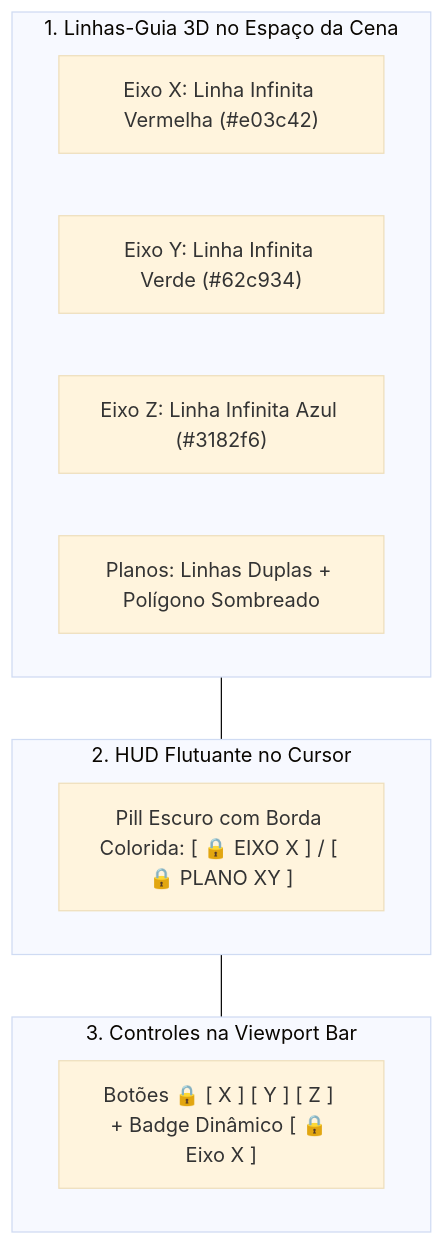
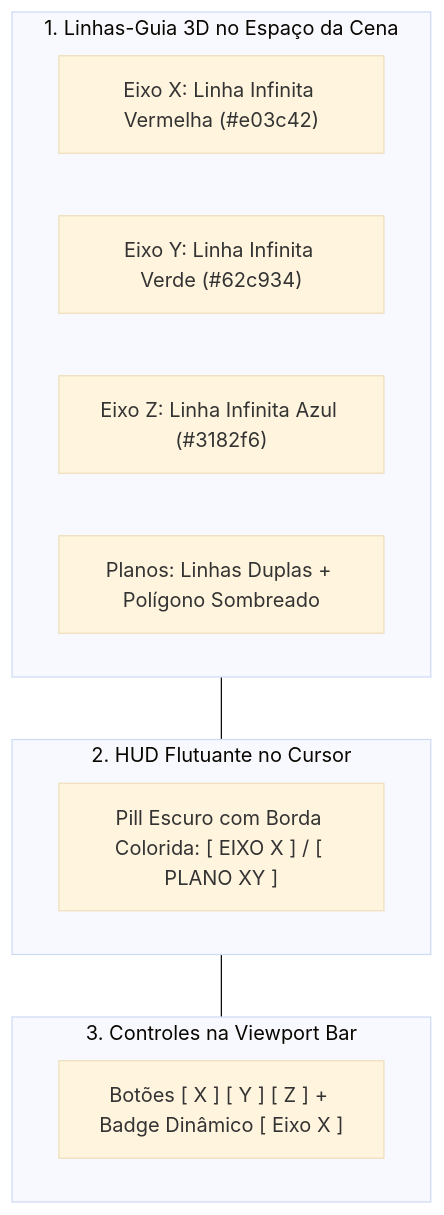
One commit to raillen/petunia3d changed the diagram in docs/manual/viewport.md. Above: the diagram before and after it, drawn with Mermaid (base theme). The commit also changed other lines of this file and 907 other files, not shown here.

````diff
--- a/docs/manual/viewport.md
+++ b/docs/manual/viewport.md
@@ -24,19 +24,19 @@
 ```mermaid
 flowchart TD
     subgraph Camada1["1. Linhas-Guia 3D no Espaço da Cena"]
         XLine["Eixo X: Linha Infinita Vermelha (#e03c42)"]
         YLine["Eixo Y: Linha Infinita Verde (#62c934)"]
         ZLine["Eixo Z: Linha Infinita Azul (#3182f6)"]
         PlaneQuad["Planos: Linhas Duplas + Polígono Sombreado"]
     end
 
     subgraph Camada2["2. HUD Flutuante no Cursor"]
-        HUD["Pill Escuro com Borda Colorida: [ 🔒 EIXO X ] / [ 🔒 PLANO XY ]"]
+        HUD["Pill Escuro com Borda Colorida: [ EIXO X ] / [ PLANO XY ]"]
     end
 
     subgraph Camada3["3. Controles na Viewport Bar"]
-        Bar["Botões 🔒 [ X ] [ Y ] [ Z ] + Badge Dinâmico [ 🔒 Eixo X ]"]
+        Bar["Botões [ X ] [ Y ] [ Z ] + Badge Dinâmico [ Eixo X ]"]
     end
 
     Camada1 --- Camada2 --- Camada3
 ```
````
